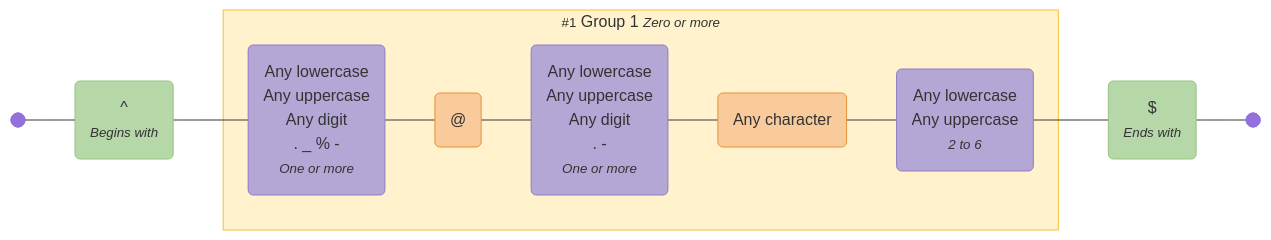
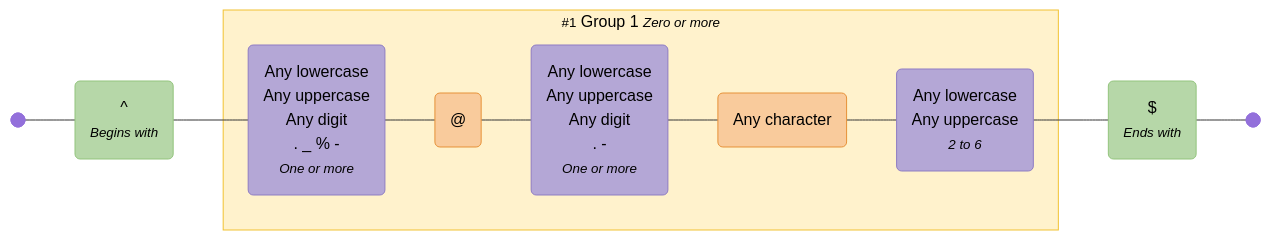
Before and after one commit to tayles/regex-to-mermaid: the fifth of 10 diagrams in EXAMPLES.md, drawn with Mermaid. The commit also changed other lines of this file and 11 other files, not shown here.

Commit message:
feat: Write example mermaid files

````diff
--- a/EXAMPLES.md
+++ b/EXAMPLES.md
@@ -347,48 +520,48 @@
 ```mermaid
 %% Regex: /^([a-zA-Z0-9._%-]+@[a-zA-Z0-9.-]+\.[a-zA-Z]{2,6})*$/
 
 graph LR
   %% Nodes
   start@{ shape: f-circ };
   fin@{ shape: f-circ };
   assertion_1("^<br><i><small>Begins with</small></i>"):::assertion;
   char_class_1("Any lowercase<br>Any uppercase<br>Any digit<br>. _ % -<br><i><small>One or more</small></i>"):::char-class;
   literal_1("@"):::literal;
   char_class_2("Any lowercase<br>Any uppercase<br>Any digit<br>. -<br><i><small>One or more</small></i>"):::char-class;
   literal_2("Any character"):::literal;
   char_class_3("Any lowercase<br>Any uppercase<br><i><small>2 to 6</small></i>"):::char-class;
   assertion_2("$<br><i><small>Ends with</small></i>"):::assertion;
 
   %% Subgraphs
   subgraph standard_1 ["<small>#1</small> Group 1 <small><i>Zero or more</i></small>"]
     char_class_1
     literal_1
     char_class_2
     literal_2
     char_class_3
   end
 
   %% Edges
   start --- assertion_1;
   assertion_1 --- char_class_1;
   char_class_1 --- literal_1;
   literal_1 --- char_class_2;
   char_class_2 --- literal_2;
   literal_2 --- char_class_3;
   char_class_3 --- assertion_2;
   assertion_2 --- fin;
 
   %% Styles
   %% Node Styling
-  classDef assertion fill:#B6D7A8,stroke:#93C47D;
-  classDef char-class fill:#B4A7D6,stroke:#8E7CC3;
-  classDef literal fill:#F9CB9C,stroke:#E69138;
+  classDef assertion fill:#B6D7A8,stroke:#93C47D,color:#000000;
+  classDef char-class fill:#B4A7D6,stroke:#8E7CC3,color:#000000;
+  classDef literal fill:#F9CB9C,stroke:#E69138,color:#000000;
 
   %% Group Styling
-  classDef standard fill:#FFF2CC,stroke:#F1C232;
+  classDef standard fill:#FFF2CC,stroke:#F1C232,color:#000000;
 
   %% Apply Group Classes
   class standard_1 standard;
 
 %% Generated with regex-to-mermaid@1.0.0
 ```
````
